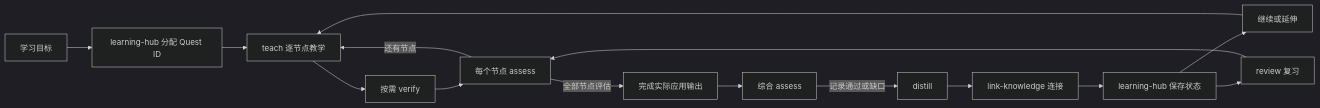
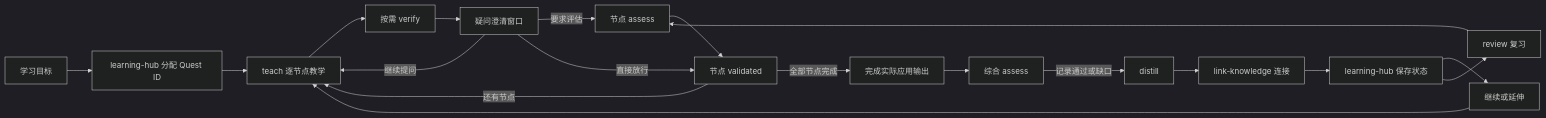
One commit to Serral828/Learning-Vault-Skills changed the diagram in README.md. Above: the diagram before and after it, drawn with Mermaid (dark theme). The commit also changed other lines of this file and 6 other files, not shown here.

````diff
--- a/README.md
+++ b/README.md
@@ -145,17 +149,21 @@
 ```mermaid
 flowchart LR
     Q[学习目标] --> H[learning-hub 分配 Quest ID]
     H --> T[teach 逐节点教学]
     T --> V[按需 verify]
-    V --> A[每个节点 assess]
-    A -->|还有节点| T
-    A -->|全部节点评估| O[完成实际应用输出]
+    V --> QN[疑问澄清窗口]
+    QN -->|继续提问| T
+    QN -->|要求评估| A[节点 assess]
+    QN -->|直接放行| N[节点 validated]
+    A --> N
+    N -->|还有节点| T
+    N -->|全部节点完成| O[完成实际应用输出]
     O --> CA[综合 assess]
     CA -->|记录通过或缺口| D[distill]
     D --> L[link-knowledge 连接]
     L --> H2[learning-hub 保存状态]
     H2 --> C[继续或延伸]
     H2 --> R[review 复习]
     C --> T
     R --> A
 ```
````
